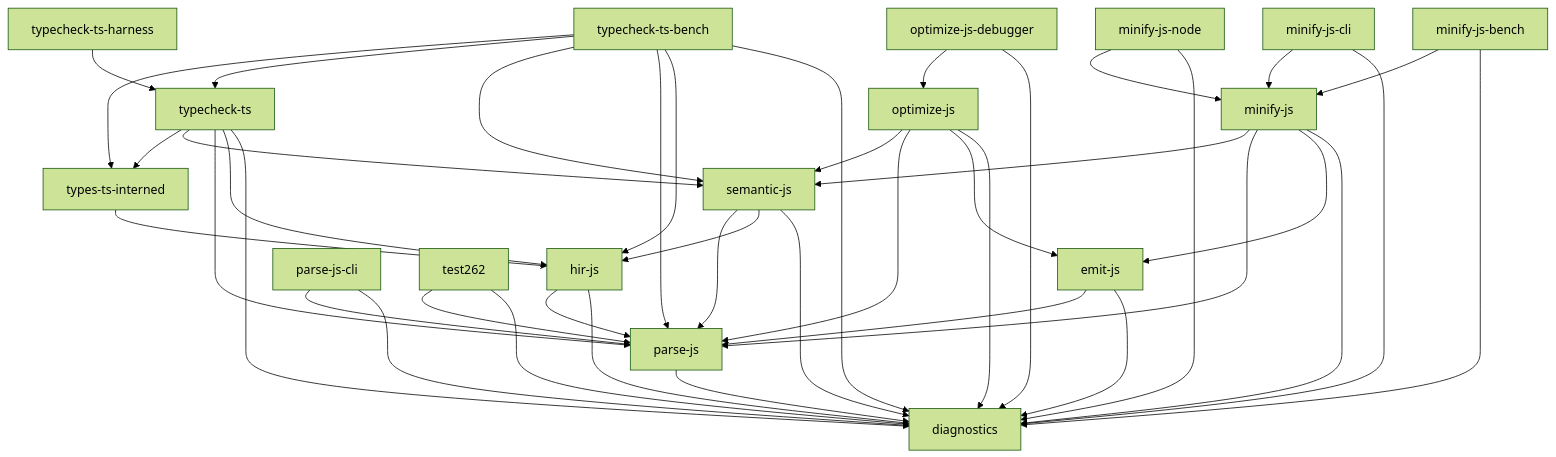
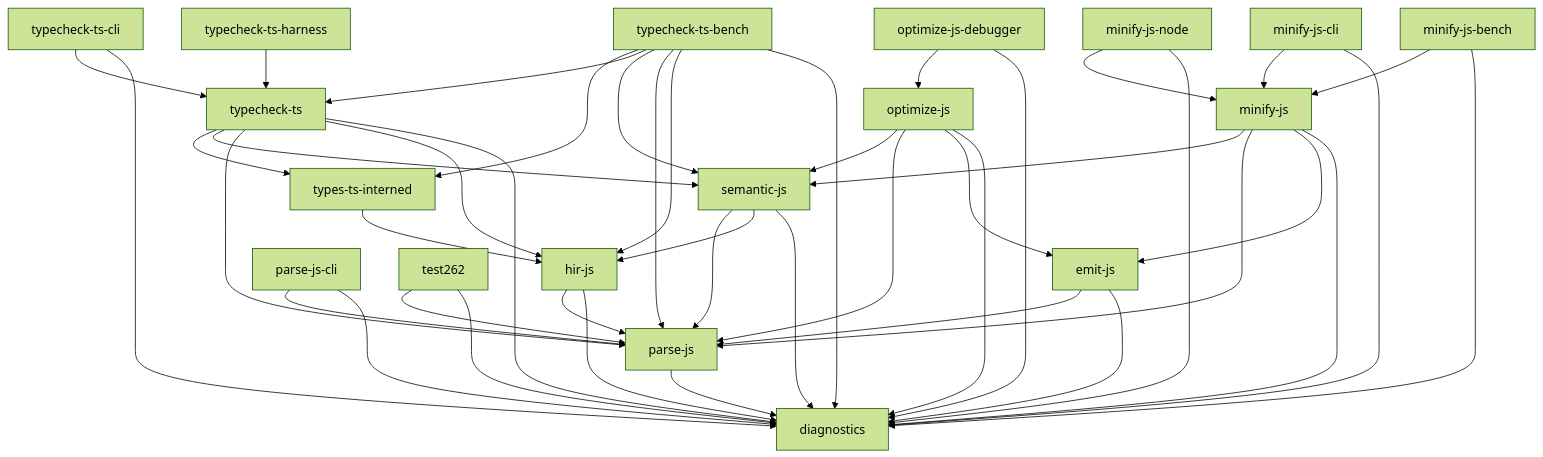
Before and after one commit to wilsonzlin/ecma-rs: the diagram in docs/deps.md, drawn with Mermaid (forest theme). The commit also changed 6 other files, not shown here.

````diff
--- a/docs/deps.md
+++ b/docs/deps.md
@@ -7,61 +7,64 @@
 ```mermaid
 graph TD
     diagnostics["diagnostics"]
     emit_js["emit-js"]
     hir_js["hir-js"]
     minify_js["minify-js"]
     minify_js_bench["minify-js-bench"]
     minify_js_cli["minify-js-cli"]
     minify_js_node["minify-js-node"]
     optimize_js["optimize-js"]
     optimize_js_debugger["optimize-js-debugger"]
     parse_js["parse-js"]
     parse_js_cli["parse-js-cli"]
     semantic_js["semantic-js"]
     test262["test262"]
     typecheck_ts["typecheck-ts"]
     typecheck_ts_bench["typecheck-ts-bench"]
+    typecheck_ts_cli["typecheck-ts-cli"]
     typecheck_ts_harness["typecheck-ts-harness"]
     types_ts_interned["types-ts-interned"]
     emit_js --> diagnostics
     emit_js --> parse_js
     hir_js --> diagnostics
     hir_js --> parse_js
     minify_js --> diagnostics
     minify_js --> emit_js
     minify_js --> parse_js
     minify_js --> semantic_js
     minify_js_bench --> diagnostics
     minify_js_bench --> minify_js
     minify_js_cli --> diagnostics
     minify_js_cli --> minify_js
     minify_js_node --> diagnostics
     minify_js_node --> minify_js
     optimize_js --> diagnostics
     optimize_js --> emit_js
     optimize_js --> parse_js
     optimize_js --> semantic_js
     optimize_js_debugger --> diagnostics
     optimize_js_debugger --> optimize_js
     parse_js --> diagnostics
     parse_js_cli --> diagnostics
     parse_js_cli --> parse_js
     semantic_js --> diagnostics
     semantic_js --> hir_js
     semantic_js --> parse_js
     test262 --> diagnostics
     test262 --> parse_js
     typecheck_ts --> diagnostics
     typecheck_ts --> hir_js
     typecheck_ts --> parse_js
     typecheck_ts --> semantic_js
     typecheck_ts --> types_ts_interned
     typecheck_ts_bench --> diagnostics
     typecheck_ts_bench --> hir_js
     typecheck_ts_bench --> parse_js
     typecheck_ts_bench --> semantic_js
     typecheck_ts_bench --> typecheck_ts
     typecheck_ts_bench --> types_ts_interned
+    typecheck_ts_cli --> diagnostics
+    typecheck_ts_cli --> typecheck_ts
     typecheck_ts_harness --> typecheck_ts
     types_ts_interned --> hir_js
 ```
````
